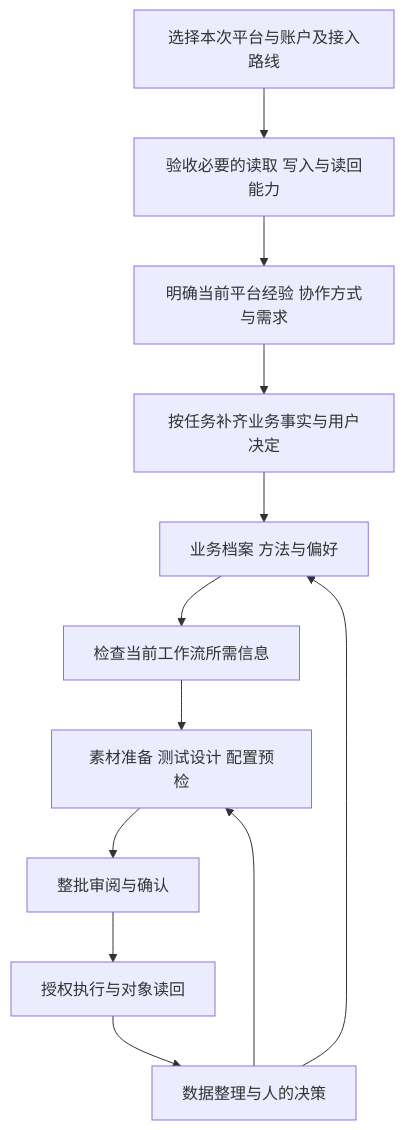
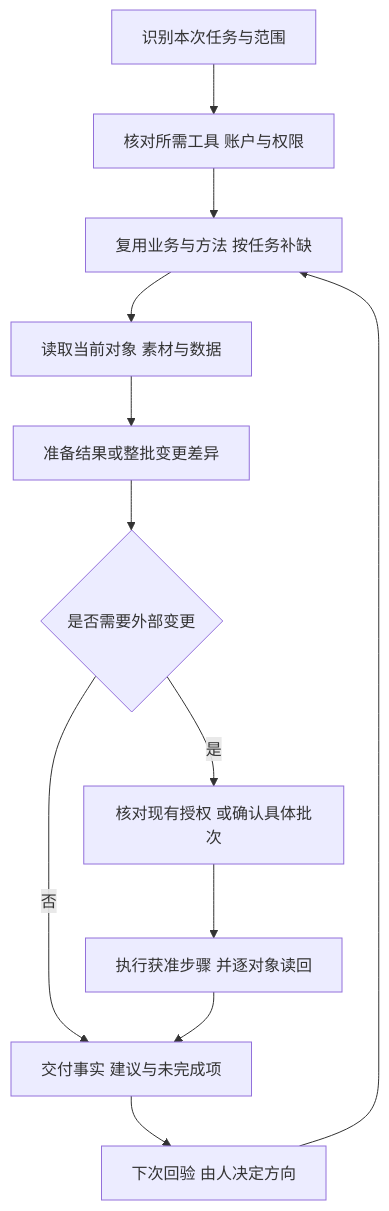
One commit to creator2000212-crypto/ad-ops-agent changed the diagram in docs/product.md. Above: the diagram before and after it, drawn with Mermaid. The commit also changed other lines of this file and 32 other files, not shown here.

````diff
--- a/docs/product.md
+++ b/docs/product.md
@@ -35,14 +38,14 @@
 ```mermaid
 flowchart TD
-    A["选择本次平台与账户及接入路线"] --> B["验收必要的读取 写入与读回能力"]
-    B --> C0["明确当前平台经验 协作方式与需求"]
-    C0 --> C["按任务补齐业务事实与用户决定"]
-    C --> D["业务档案 方法与偏好"]
-    D --> E["检查当前工作流所需信息"]
-    E --> F["素材准备 测试设计 配置预检"]
-    F --> G["整批审阅与确认"]
-    G --> H["授权执行与对象读回"]
-    H --> I["数据整理与人的决策"]
-    I --> F
-    I --> D
+    A["识别本次任务与范围"] --> B["核对所需工具 账户与权限"]
+    B --> C["复用业务与方法 按任务补缺"]
+    C --> D["读取当前对象 素材与数据"]
+    D --> E["准备结果或整批变更差异"]
+    E --> F{"是否需要外部变更"}
+    F -->|否| I["交付事实 建议与未完成项"]
+    F -->|是| G["核对现有授权 或确认具体批次"]
+    G --> H["执行获准步骤 并逐对象读回"]
+    H --> I
+    I --> J["下次回验 由人决定方向"]
+    J --> C
 ```
````
